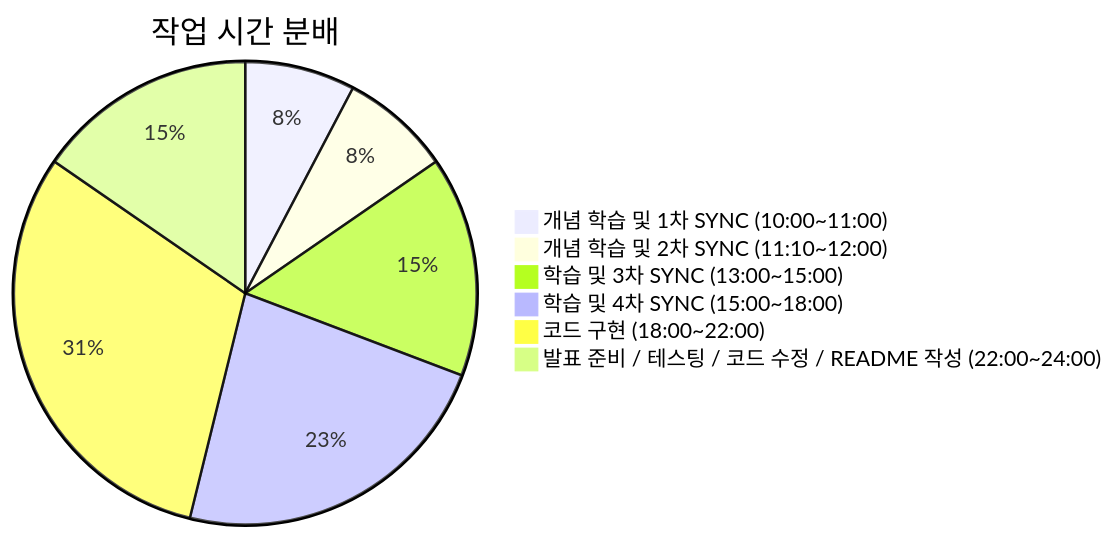
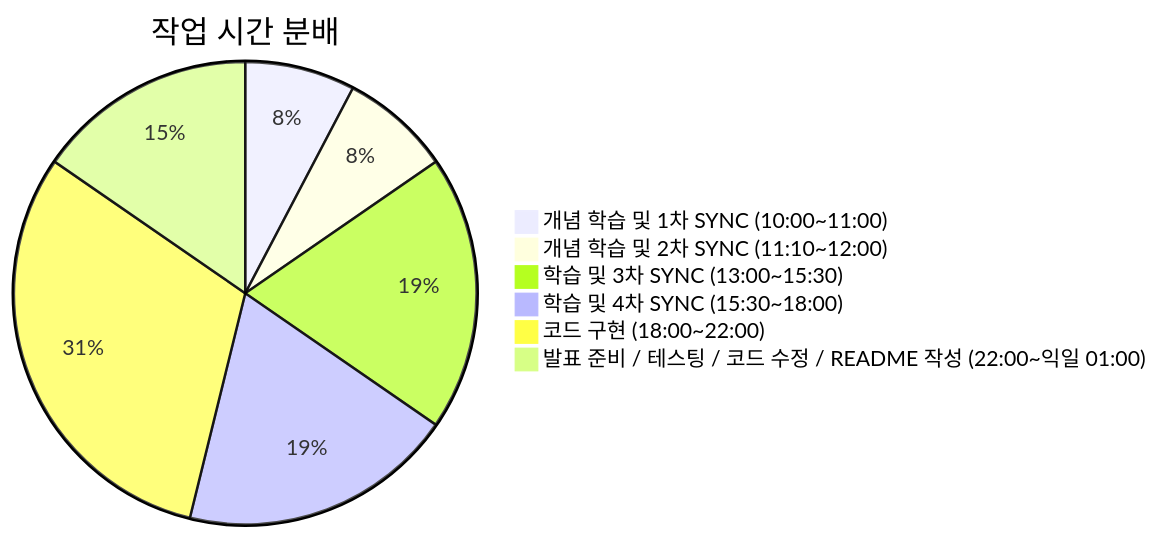
One commit to liamyoum/week5-React-features changed diagram 11 of 11 in README.md. Above: the diagram before and after it, drawn with Mermaid. The commit also changed other lines of this file, not shown here.

````diff
--- a/README.md
+++ b/README.md
@@ -251,9 +256,9 @@
 ```mermaid
 pie title 작업 시간 분배
     "개념 학습 및 1차 SYNC (10:00~11:00)" : 1
     "개념 학습 및 2차 SYNC (11:10~12:00)" : 1
-    "학습 및 3차 SYNC (13:00~15:00)" : 2
-    "학습 및 4차 SYNC (15:00~18:00)" : 3
+    "학습 및 3차 SYNC (13:00~15:30)" : 2.5
+    "학습 및 4차 SYNC (15:30~18:00)" : 2.5
     "코드 구현 (18:00~22:00)" : 4
-    "발표 준비 / 테스팅 / 코드 수정 / README 작성 (22:00~24:00)" : 2
+    "발표 준비 / 테스팅 / 코드 수정 / README 작성 (22:00~익일 01:00)" : 2
 ```
````
